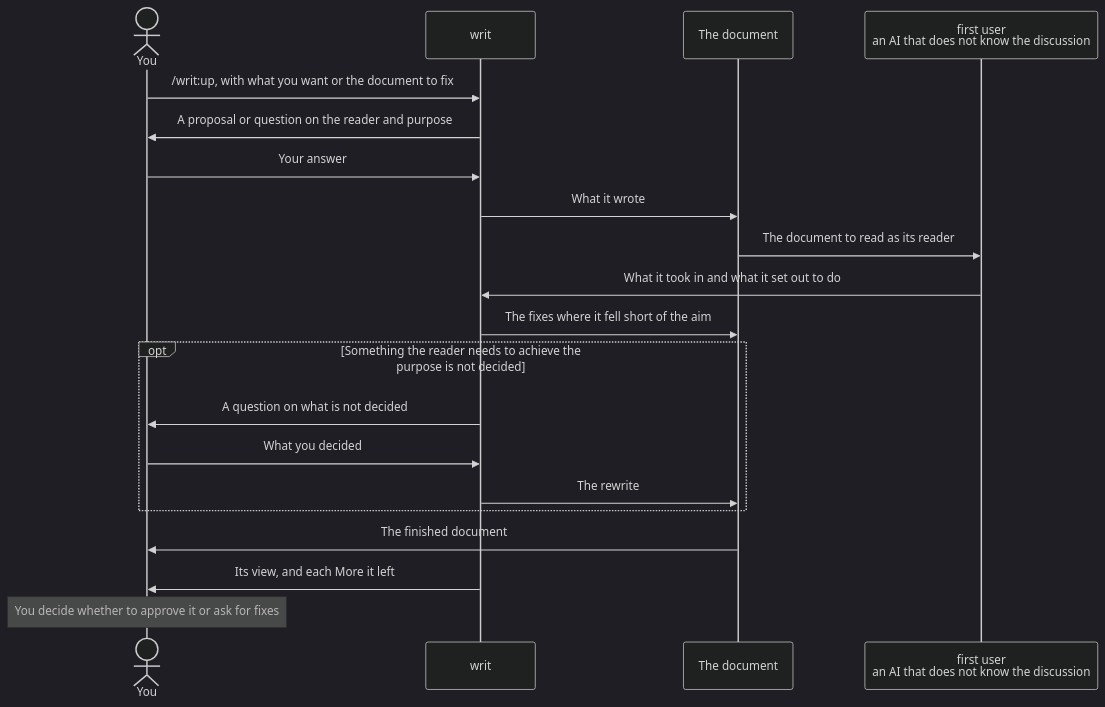
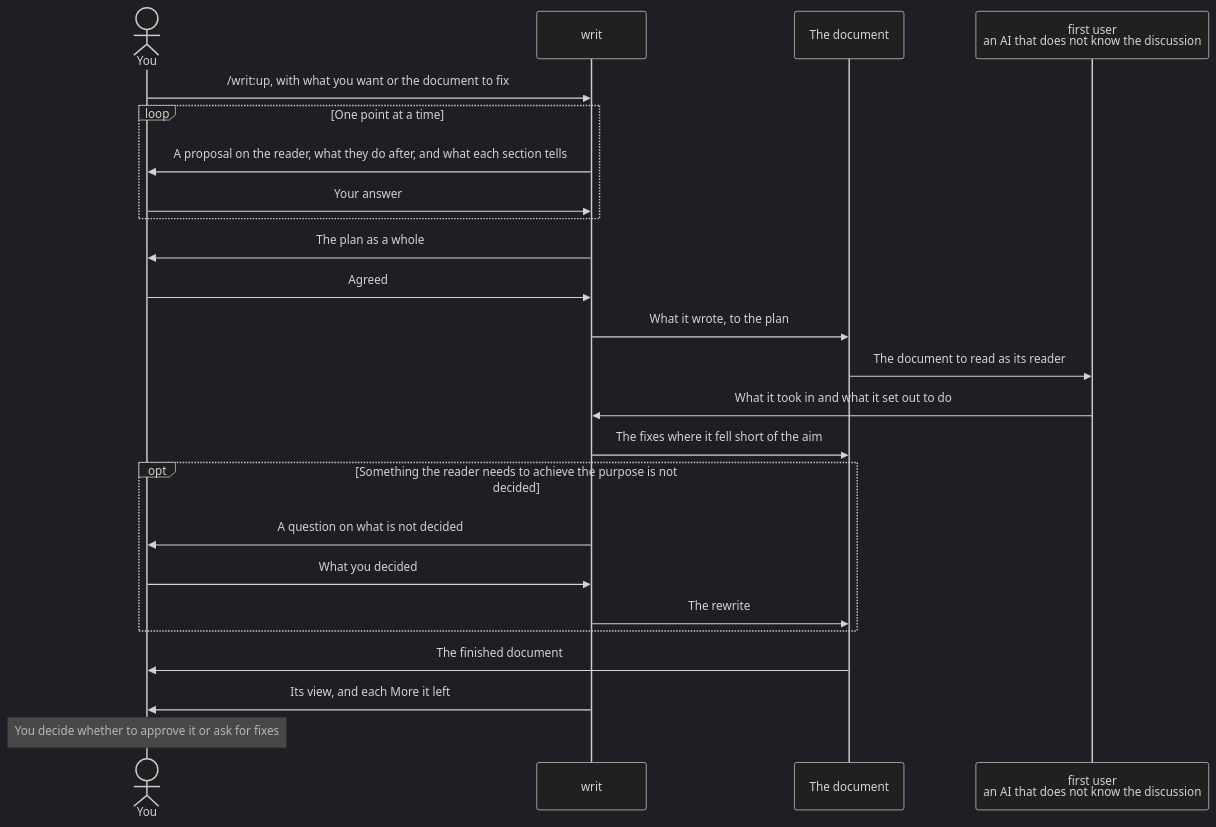
One commit to lovaizu/ccpm changed the diagram in writ/README.md. Above: the diagram before and after it, drawn with Mermaid (dark theme). The commit also changed other lines of this file and 4 other files, not shown here.

First line of the commit message:
writ: agree on the document's plan, one point at a time, before anything is written

````diff
--- a/writ/README.md
+++ b/writ/README.md
@@ -16,22 +16,26 @@
 ```mermaid
 sequenceDiagram
   actor Y as You
   participant W as writ
   participant F as The document
   participant U as first user<br/>an AI that does not know the discussion
   Y->>W: /writ:up, with what you want or the document to fix
-  W->>Y: A proposal or question on the reader and purpose
-  Y->>W: Your answer
-  W->>F: What it wrote
+  loop One point at a time
+    W->>Y: A proposal on the reader, what they do after, and what each section tells
+    Y->>W: Your answer
+  end
+  W->>Y: The plan as a whole
+  Y->>W: Agreed
+  W->>F: What it wrote, to the plan
   F->>U: The document to read as its reader
   U->>W: What it took in and what it set out to do
   W->>F: The fixes where it fell short of the aim
   opt Something the reader needs to achieve the purpose is not decided
     W->>Y: A question on what is not decided
     Y->>W: What you decided
     W->>F: The rewrite
   end
   F->>Y: The finished document
   W->>Y: Its view, and each More it left
   Note over Y: You decide whether to approve it or ask for fixes
 ```
````
